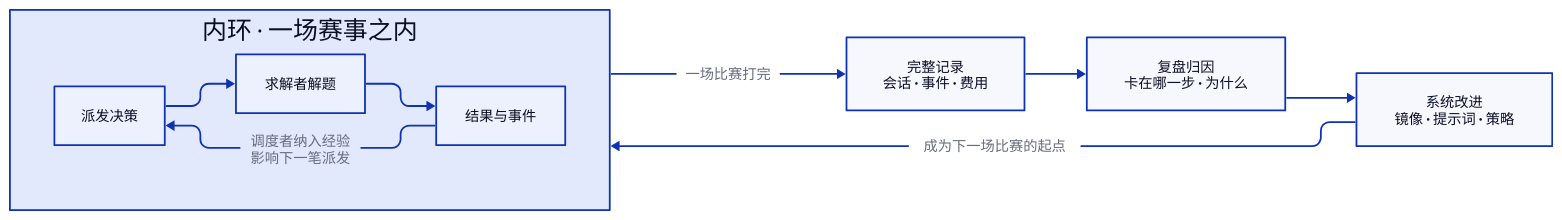
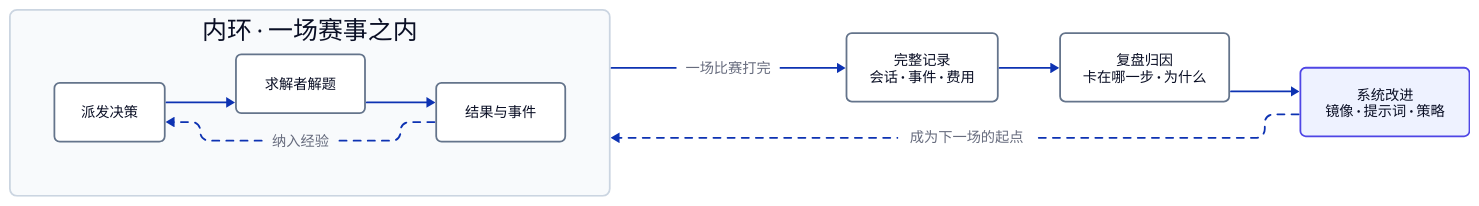
One commit to fangtimmy/aegisx changed the diagram in docs/figures/fig7-dual-loop.d2. Above: the diagram before and after it, drawn with D2. The commit also changed 17 other files, not shown here.

Commit message:
docs: redraw the report figures — grid alignment, container-level direct connectors, unified gray-white style with a single accent color; figure 5 rebuilt as a horizontal pipeline

```diff
--- a/docs/figures/fig7-dual-loop.d2
+++ b/docs/figures/fig7-dual-loop.d2
@@ -1,21 +1,55 @@
 direction: right
 vars: { d2-config: { layout-engine: elk } }
 
+classes: {
+  box: {
+    style: {
+      fill: "#ffffff"
+      stroke: "#64748b"
+      border-radius: 6
+    }
+  }
+  key: {
+    style: {
+      fill: "#eef2ff"
+      stroke: "#4f46e5"
+      border-radius: 6
+    }
+  }
+  grp: {
+    style: {
+      fill: "#f8fafc"
+      stroke: "#cbd5e1"
+      border-radius: 8
+    }
+  }
+}
+
 内环: "内环 · 一场赛事之内" {
-  派发: "派发决策"
-  解题: "求解者解题"
-  事件: "结果与事件"
+  class: grp
+  派发: "派发决策" {class: box}
+  解题: "求解者解题" {class: box}
+  事件: "结果与事件" {class: box}
 
   派发 -> 解题
   解题 -> 事件
-  事件 -> 派发: "调度者纳入经验\n影响下一笔派发"
+  事件 -> 派发: "纳入经验" {style.stroke-dash: 4}
 }
 
-记录: "完整记录\n会话 · 事件 · 费用"
-归因: "复盘归因\n卡在哪一步 · 为什么"
-改进: "系统改进\n镜像 · 提示词 · 策略"
+记录: "完整记录\n会话 · 事件 · 费用" {
+  class: box
+  width: 170
+}
+归因: "复盘归因\n卡在哪一步 · 为什么" {
+  class: box
+  width: 190
+}
+改进: "系统改进\n镜像 · 提示词 · 策略" {
+  class: key
+  width: 190
+}
 
 内环 -> 记录: "一场比赛打完"
 记录 -> 归因
 归因 -> 改进
-改进 -> 内环: "成为下一场比赛的起点"
+改进 -> 内环: "成为下一场的起点" {style.stroke-dash: 4}
```
